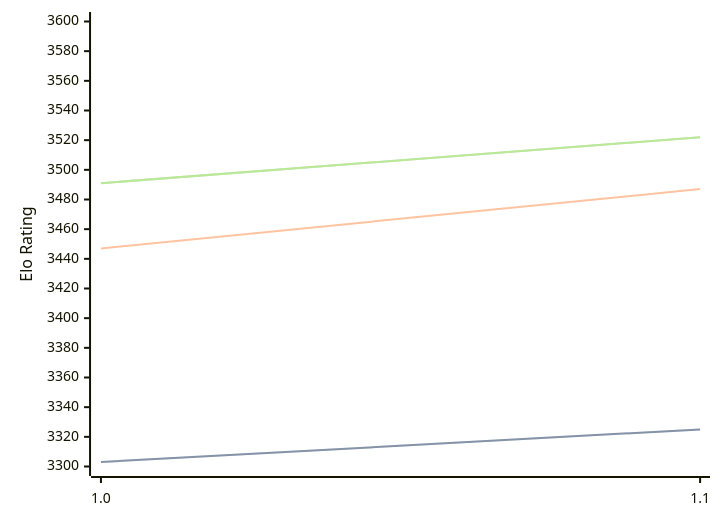
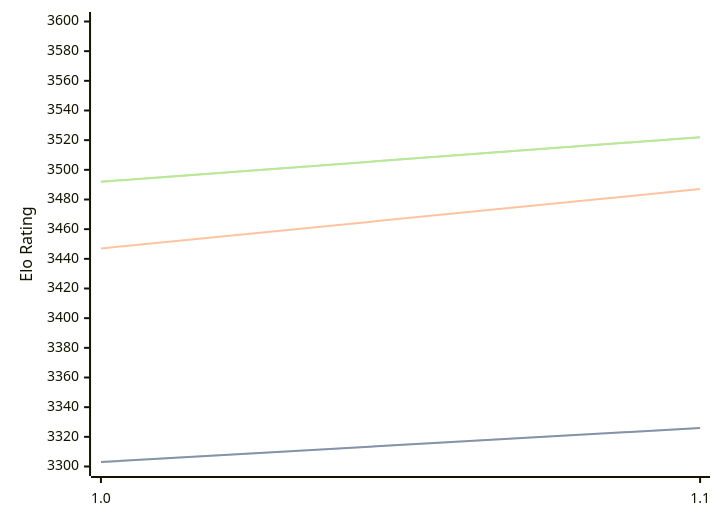
The first of 3 diagrams in engines/Icarus.md (computer-chess-index/cci), drawn with Mermaid before and after one commit. The commit also changed other lines of this file, not shown here.

Commit message:
Update CCI Ratings (ELO VLTC) - 2026-07-13

````diff
--- a/engines/Icarus.md
+++ b/engines/Icarus.md
@@ -32,11 +32,11 @@
 ```mermaid
 %%{init: {"theme":"base","themeVariables":{"seriesColors:['#a3a3a3','#222221','#faa371']}}}%%
 xychart-beta
   x-axis ["1.0", "1.1"]
   y-axis "Elo Rating" 3300 --> 3600
-  line "STC (8.0+0.08s)" [3303, 3325]
-  line "STC (8.0+0.08s)" [3303, 3325]
+  line "STC (8.0+0.08s)" [3303, 3326]
+  line "STC (8.0+0.08s)" [3303, 3326]
   line "LTC (60.0+0.60s)" [3447, 3487]
-  line "VLTC (2m24s+1.12s)" [3491, 3522]
-  line "VLTC (2m24s+1.12s)" [3491, 3522]
+  line "VLTC (2m24s+1.12s)" [3492, 3522]
+  line "VLTC (2m24s+1.12s)" [3492, 3522]
 ```
````
